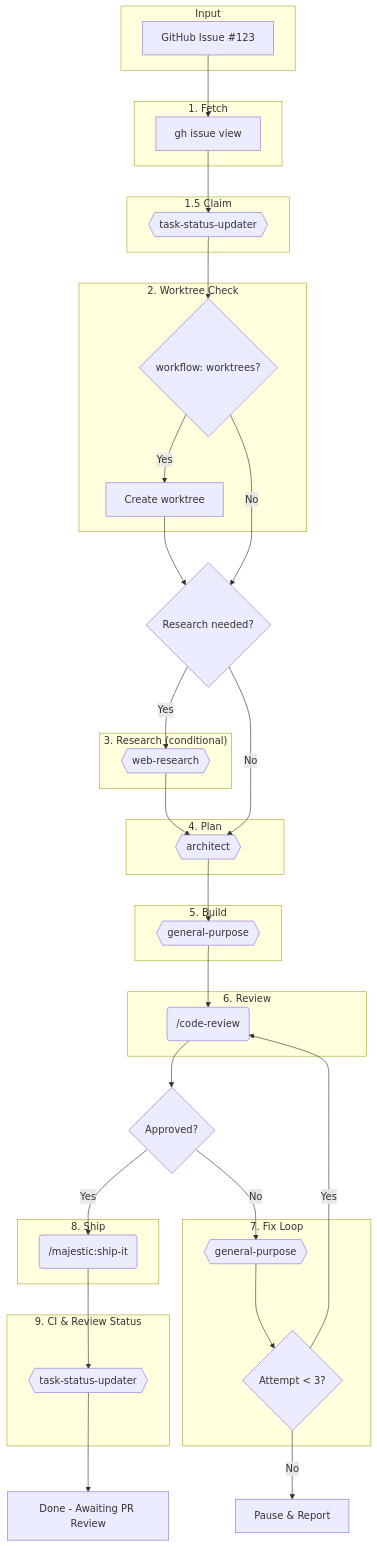
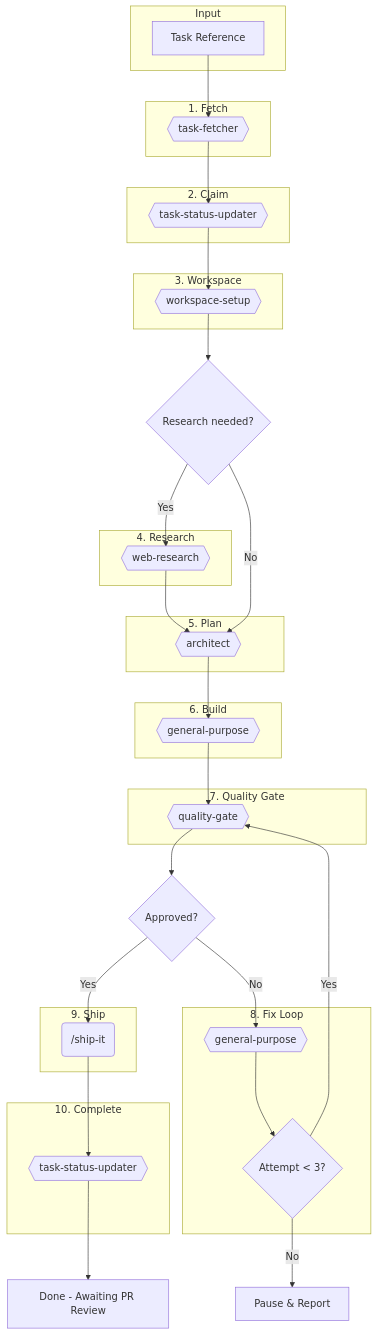
The diagram in plugins/majestic-engineer/commands/workflows/build-task.md (majesticlabs-dev/majestic-marketplace), drawn with Mermaid before and after one commit. The commit also changed other lines of this file and 7 other files, not shown here.

First line of the commit message:
feat(workflow): add config-driven workflow agents for build-task

````diff
--- a/plugins/majestic-engineer/commands/workflows/build-task.md
+++ b/plugins/majestic-engineer/commands/workflows/build-task.md
@@ -23,66 +24,64 @@
 ```mermaid
 flowchart TD
     subgraph Input
-        A[GitHub Issue #123]
+        A[Task Reference]
     end
 
     subgraph "1. Fetch"
-        B[gh issue view]
+        B{{task-fetcher}}
     end
 
-    subgraph "1.5 Claim"
+    subgraph "2. Claim"
         CL{{task-status-updater}}
     end
 
-    subgraph "2. Worktree Check"
-        W{workflow: worktrees?}
-        WT[Create worktree]
+    subgraph "3. Workspace"
+        W{{workspace-setup}}
     end
 
-    subgraph "3. Research (conditional)"
+    subgraph "4. Research"
         C{{web-research}}
     end
 
-    subgraph "4. Plan"
+    subgraph "5. Plan"
         D{{architect}}
     end
 
-    subgraph "5. Build"
+    subgraph "6. Build"
         E{{general-purpose}}
     end
 
-    subgraph "6. Review"
-        F(/code-review)
+    subgraph "7. Quality Gate"
+        F{{quality-gate}}
     end
 
-    subgraph "7. Fix Loop"
+    subgraph "8. Fix Loop"
         G{{general-purpose}}
         H{Attempt < 3?}
     end
 
-    subgraph "8. Ship"
-        I(/majestic:ship-it)
+    subgraph "9. Ship"
+        I(/ship-it)
     end
 
-    subgraph "9. CI & Review Status"
+    subgraph "10. Complete"
         CI{{task-status-updater}}
     end
 
     A --> B
     B --> CL
     CL --> W
-    W -->|Yes| WT --> K{Research needed?}
-    W -->|No| K
+    W --> K{Research needed?}
     K -->|Yes| C --> D
     K -->|No| D
     D --> E
     E --> F
     F --> L{Approved?}
     L -->|Yes| I
     L -->|No| G
     G --> H
     H -->|Yes| F
     H -->|No| M[Pause & Report]
     I --> CI
     CI --> N[Done - Awaiting PR Review]
 ```
````
